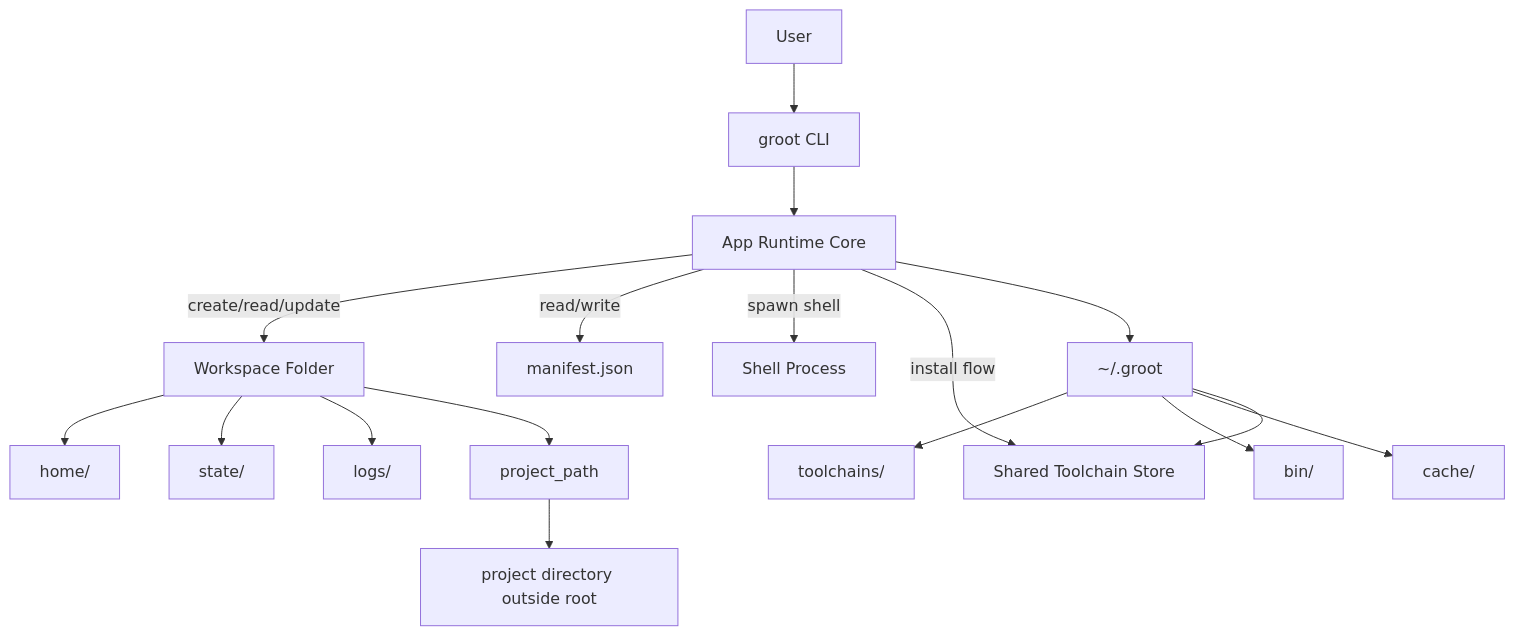
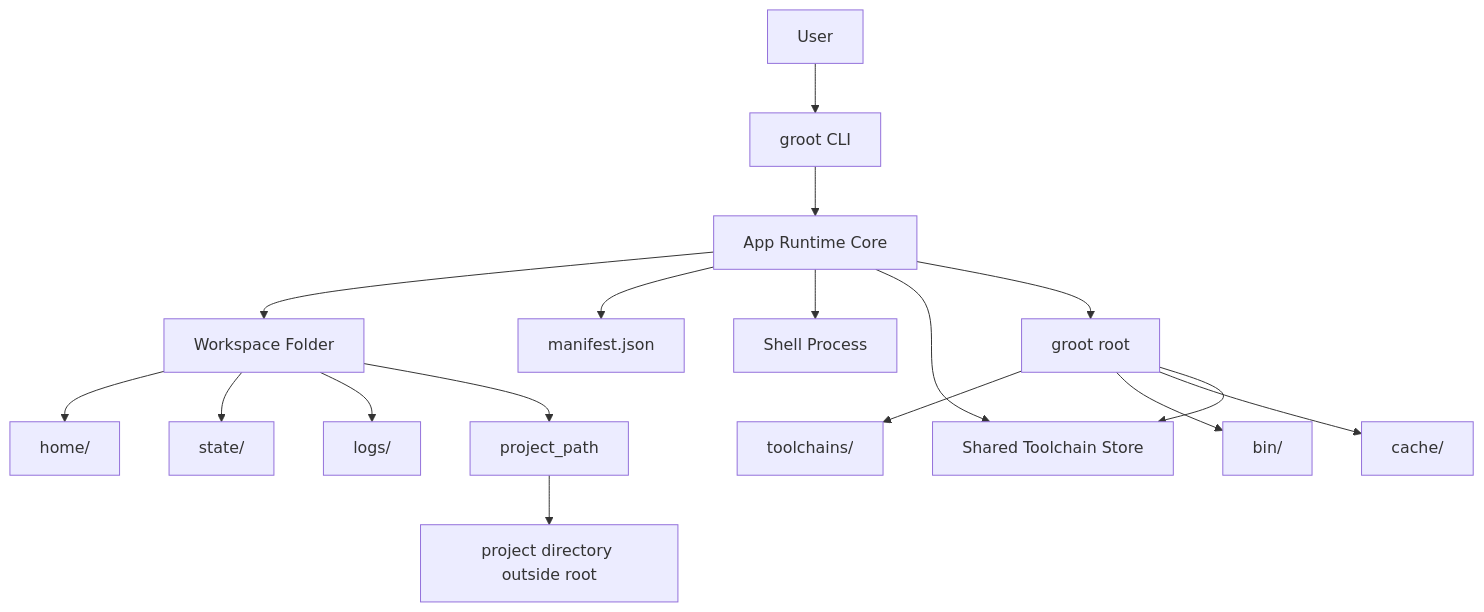
Before and after one commit to Totoual/groot: the diagram in Readme.md, drawn with Mermaid. The commit also changed other lines of this file and 8 other files, not shown here.

````diff
--- a/Readme.md
+++ b/Readme.md
@@ -155,22 +159,23 @@
 ```mermaid
 flowchart TD
-    U[User] --> CLI[groot CLI]
-    CLI --> APP[App Runtime Core]
+    USER["User"] --> CLI["groot CLI"]
+    CLI --> APP["App Runtime Core"]
 
-    APP -->|create/read/update| WS[Workspace Folder]
-    APP -->|read/write| MANIFEST[manifest.json]
-    APP -->|spawn shell| SH[Shell Process]
-    APP -->|install flow| STORE[Shared Toolchain Store]
+    APP --> WS["Workspace Folder"]
+    APP --> MANIFEST["manifest.json"]
+    APP --> SHELL["Shell Process"]
+    APP --> STORE["Shared Toolchain Store"]
 
-    WS --> HOME[home/]
-    WS --> STATE[state/]
-    WS --> LOGS[logs/]
-    WS --> MANIFESTLOCAL[project_path]
+    WS --> HOME["home/"]
+    WS --> STATE["state/"]
+    WS --> LOGS["logs/"]
+    WS --> PROJECT_PATH["project_path"]
 
-    APP --> ROOT[~/.groot]
-    ROOT --> TOOLCHAINS[toolchains/]
-    ROOT --> BIN[bin/]
-    ROOT --> CACHE[cache/]
+    APP --> ROOT["groot root"]
+    ROOT --> TOOLCHAINS["toolchains/"]
+    ROOT --> BIN["bin/"]
+    ROOT --> CACHE["cache/"]
     ROOT --> STORE
-    MANIFESTLOCAL --> PROJECT[project directory outside root]
+
+    PROJECT_PATH --> PROJECT["project directory outside root"]
 ```
````
